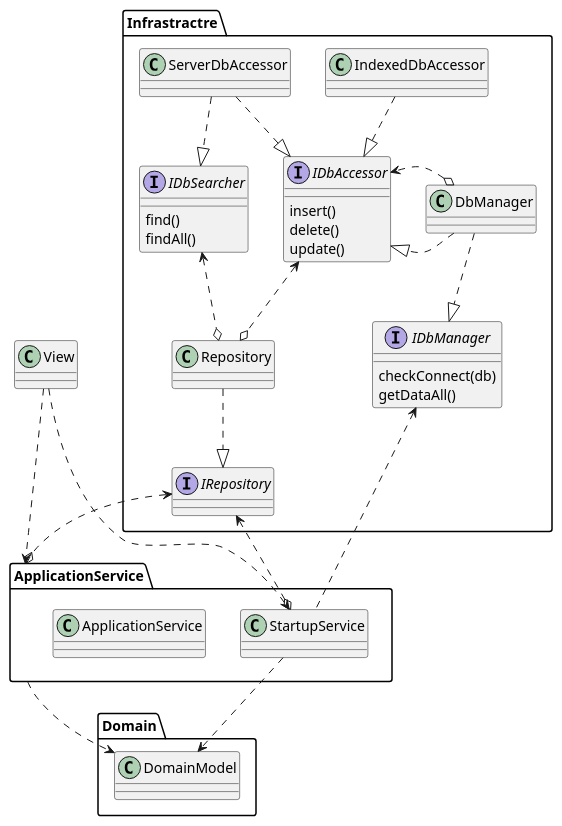
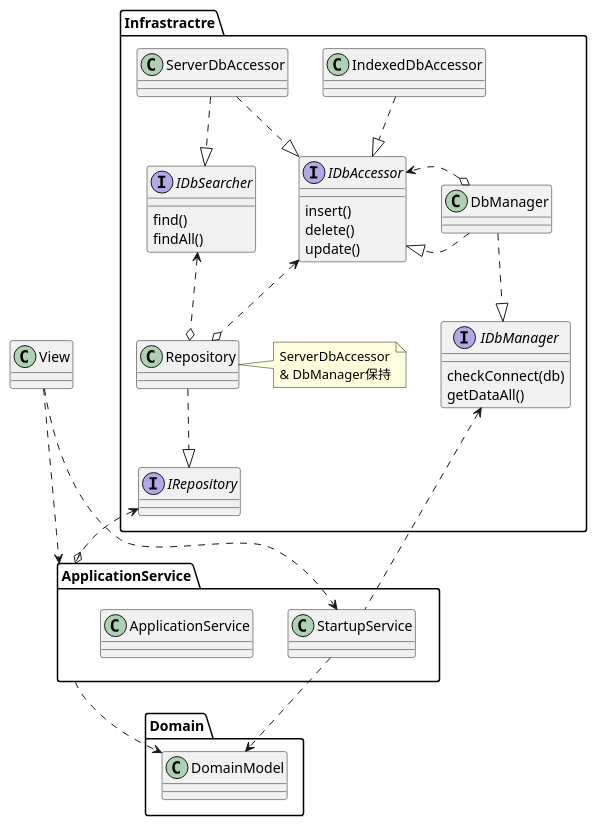
The diagram in doc/design.pu (Symthy/command-lindex), drawn with PlantUML before and after one commit. The commit also changed 8 other files, not shown here.

```diff
--- a/doc/design.pu
+++ b/doc/design.pu
@@ -1,49 +1,50 @@
 @startuml
 
 
 package Infrastractre {
   interface IRepository
   interface IDbManager {
     checkConnect(db)
     getDataAll()
   }
   interface IDbAccessor {
     insert()
     delete()
     update()
   }
   interface IDbSearcher {
     find()
     findAll()
   }
   Repository ..|> IRepository
   DbManager ..|> IDbAccessor
   DbManager ..|> IDbManager
   IndexedDbAccessor ..|> IDbAccessor
   ServerDbAccessor ..|> IDbAccessor
   ServerDbAccessor ..|> IDbSearcher
   DbManager o.> IDbAccessor
   IDbAccessor <..o Repository
   IDbSearcher <..o Repository
+  class Repository
+  note right: ServerDbAccessor\n& DbManager保持
 }
 
 package ApplicationService {
   class StartupService
   class ApplicationService
 }
 
 package Domain {
   class DomainModel
 }
 
 IDbManager <.. StartupService
-IRepository <..o StartupService
 IRepository <..o ApplicationService
 
 StartupService ..> DomainModel
 ApplicationService ..> DomainModel
 
 View ...> ApplicationService
 View ...> StartupService
 
 @enduml
```
